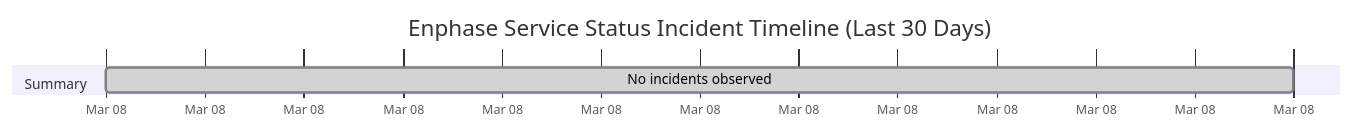
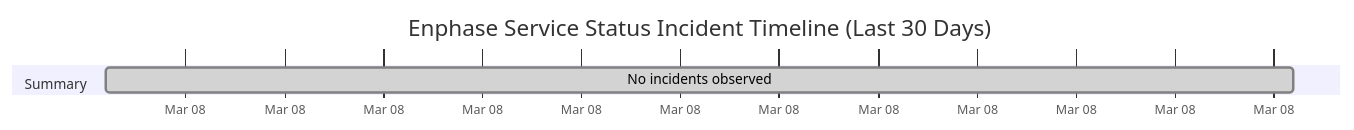
Before and after one commit to barneyonline/ha-enphase-ev-charger: the diagram in wiki/Service-Status-History.md, drawn with Mermaid. The commit also changed other lines of this file and 3 other files, not shown here.

````diff
--- a/wiki/Service-Status-History.md
+++ b/wiki/Service-Status-History.md
@@ -14,8 +14,8 @@
 ```mermaid
 gantt
     title Enphase Service Status Incident Timeline (Last 30 Days)
     dateFormat  YYYY-MM-DDTHH:mm:ss
     axisFormat  %b %d
     section Summary
-    No incidents observed :done, 2026-03-08T09:20:20, 1m
+    No incidents observed :done, 2026-03-08T10:16:31, 1m
 ```
````
